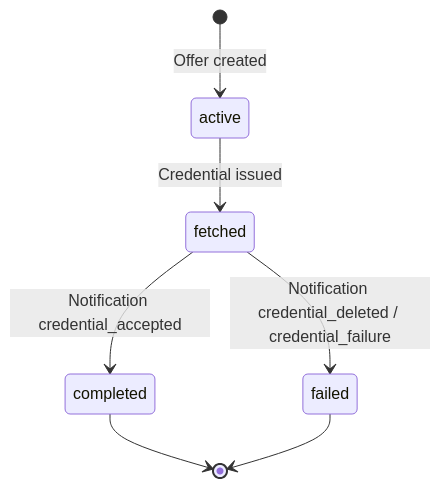
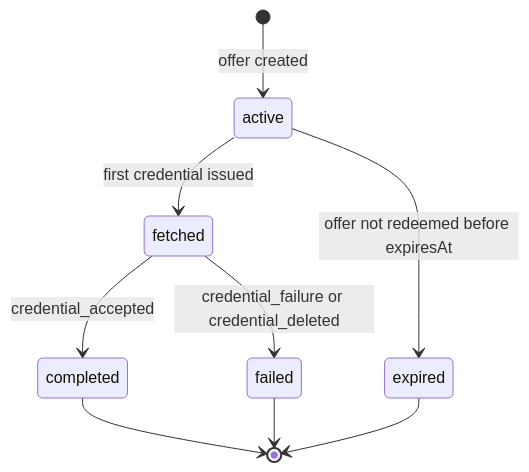
Before and after one commit to EUDIPLO/eudiplo: the third of 3 diagrams in apps/docs/docs/concepts/issuance.md, drawn with Mermaid. The commit also changed other lines of this file and 8 other files, not shown here.

````diff
--- a/apps/docs/docs/concepts/issuance.md
+++ b/apps/docs/docs/concepts/issuance.md
@@ -411,9 +111,11 @@
 ```mermaid
 stateDiagram-v2
-    [*] --> active: Offer created
-    active --> fetched: Credential issued
-    fetched --> completed: Notification credential_accepted
-    fetched --> failed: Notification credential_deleted / credential_failure
+    [*] --> active: offer created
+    active --> fetched: first credential issued
+    active --> expired: offer not redeemed before expiresAt
+    fetched --> completed: credential_accepted
+    fetched --> failed: credential_failure or credential_deleted
     completed --> [*]
     failed --> [*]
+    expired --> [*]
 ```
````
